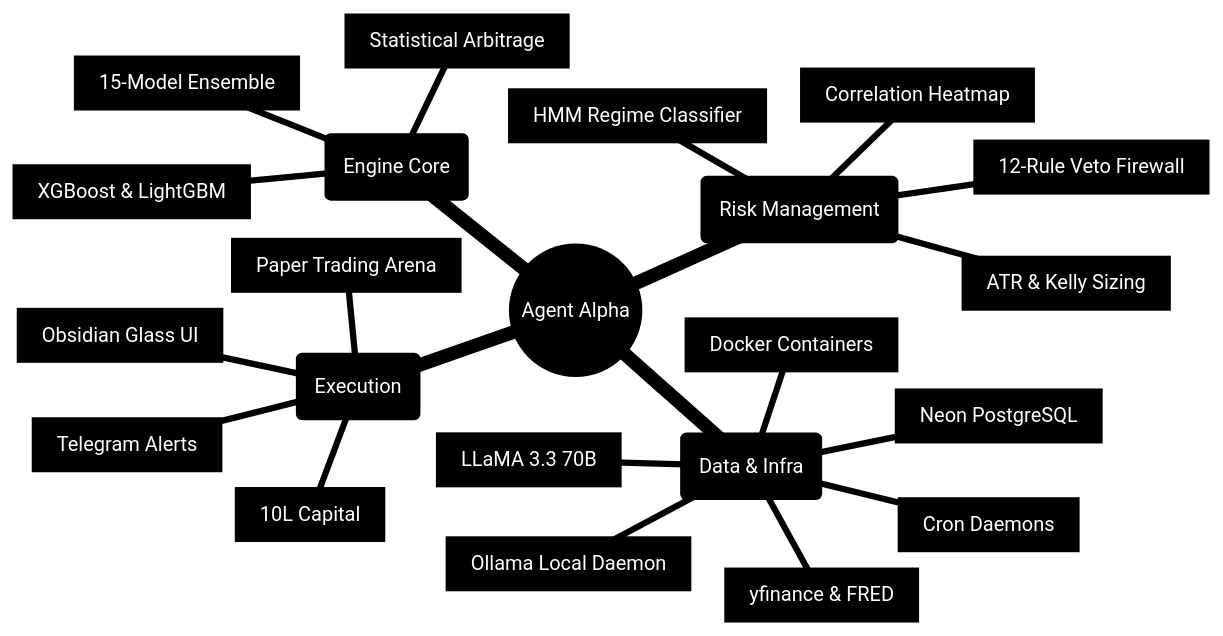
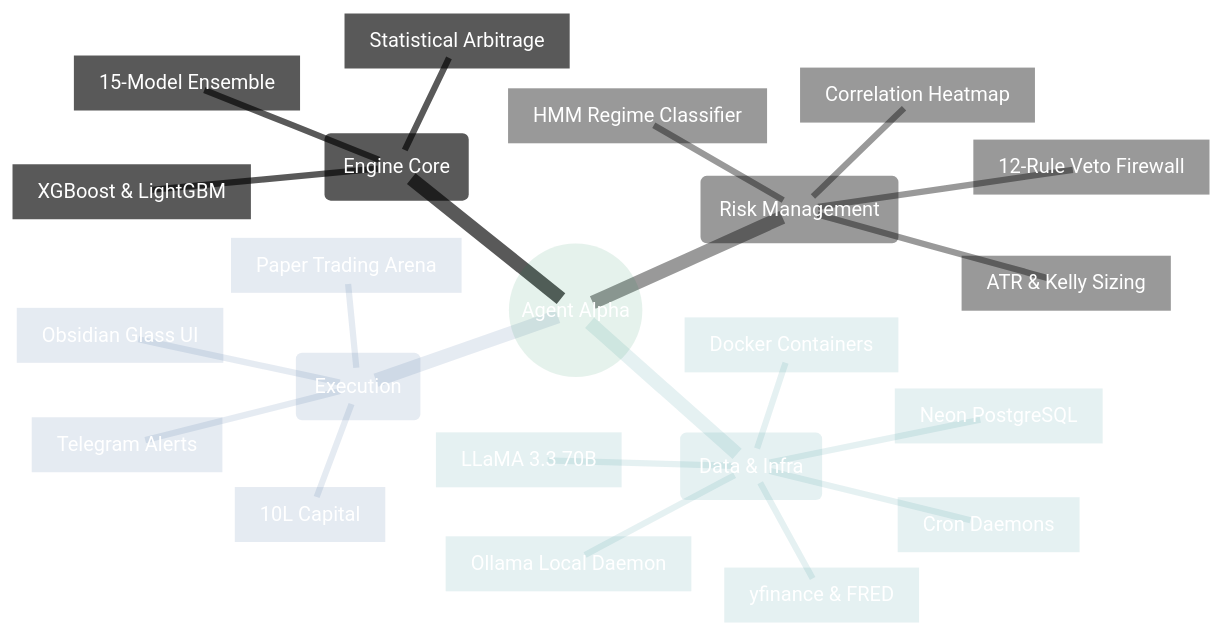
Before and after one commit to SaiSiddharthBS/MarketAnalyser: the diagram in .github/assets/diagrams/mindmap.mmd, drawn with Mermaid. The commit also changed 2 other files, not shown here.

Commit message:
docs: Recreate glowing AI mindmap using programmatic rendering pipeline

```diff
--- a/.github/assets/diagrams/mindmap.mmd
+++ b/.github/assets/diagrams/mindmap.mmd
@@ -1,24 +1,44 @@
-%%{init: {'theme': 'base', 'themeVariables': { 'primaryColor': '#111827', 'primaryTextColor': '#ffffff', 'primaryBorderColor': '#00e5ff', 'lineColor': '#00e5ff', 'secondaryColor': '#111827', 'secondaryTextColor': '#ffffff', 'secondaryBorderColor': '#00ff88', 'tertiaryColor': '#111827', 'tertiaryTextColor': '#ffffff', 'tertiaryBorderColor': '#00ff88'}}}%%
+%%{
+  init: {
+    'theme': 'base',
+    'themeVariables': {
+      'primaryColor': 'rgba(0, 255, 136, 0.1)',
+      'primaryTextColor': '#ffffff',
+      'primaryBorderColor': '#00ff88',
+      
+      'secondaryColor': 'rgba(16, 32, 38, 0.65)',
+      'secondaryTextColor': '#ffffff',
+      'secondaryBorderColor': '#00ff88',
+      
+      'tertiaryColor': 'rgba(16, 32, 38, 0.4)',
+      'tertiaryTextColor': '#ffffff',
+      'tertiaryBorderColor': '#00e5ff',
+
+      'lineColor': '#00e5ff',
+      'fontFamily': 'Inter, sans-serif'
+    }
+  }
+}%%
 mindmap
   root(("Agent Alpha"))
     ("Engine Core")
       ["15-Model Ensemble"]
       ["XGBoost & LightGBM"]
       ["Statistical Arbitrage"]
     ("Risk Management")
       ["HMM Regime Classifier"]
       ["12-Rule Veto Firewall"]
       ["Correlation Heatmap"]
       ["ATR & Kelly Sizing"]
     ("Data & Infra")
       ["Ollama Local Daemon"]
       ["LLaMA 3.3 70B"]
       ["yfinance & FRED"]
       ["Neon PostgreSQL"]
       ["Docker Containers"]
       ["Cron Daemons"]
     ("Execution")
       ["Paper Trading Arena"]
       ["10L Capital"]
       ["Telegram Alerts"]
       ["Obsidian Glass UI"]
```
